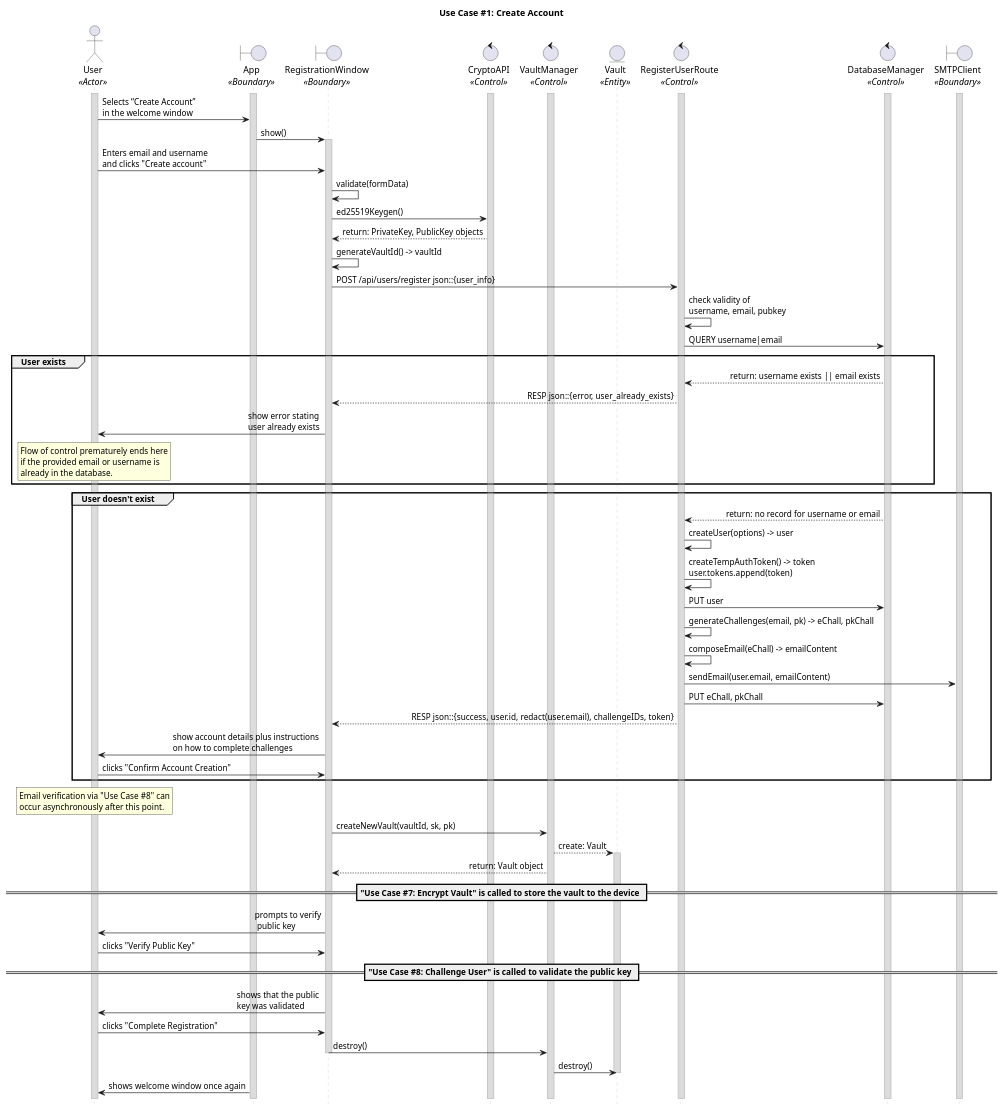
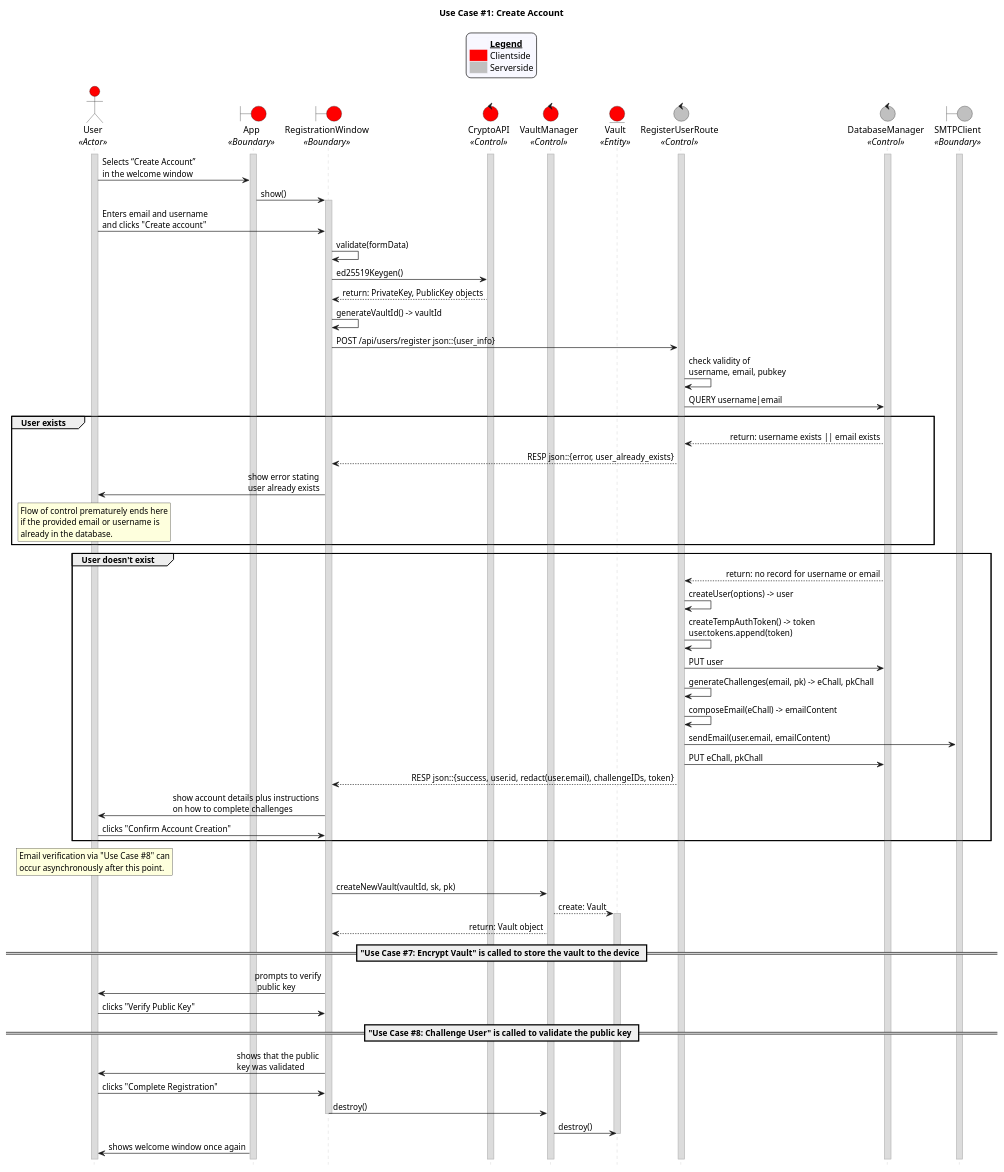
One commit to CECS-491-SP24-Group-1/seq-diagrams changed the diagram in uc_01.puml. Above: the diagram before and after it, drawn with PlantUML. The commit also changed 8 other files, not shown here.

Commit message:
Add legends to the diagrams

```diff
--- a/uc_01.puml
+++ b/uc_01.puml
@@ -1,119 +1,131 @@
 @startuml uc01
 title "Use Case #1: Create Account"
 
 
 'Styling goes here
 hide footbox
 skinparam stereotypePosition bottom
 skinparam sequenceMessageAlign direction
 skinparam sequence {
 	LifeLineBorderColor #Silver
 	LifeLineBackgroundColor #Gainsboro
 }
 
+'Add a legend plus styling
+skinparam legend {
+	backgroundColor #GhostWhite
+	entrySeparator #GhostWhite
+}
+
+legend top
+	<#GhostWhite,#GhostWhite>|	|= __Legend__ |
+	|<#red> | Clientside|
+	|<#silver> | Serverside|
+endlegend
+
 'Setup the objects involved here
-actor User as u <<Actor>>
-boundary App as a <<Boundary>>
-boundary RegistrationWindow as rw <<Boundary>>
-control CryptoAPI as ca <<Control>>
-control VaultManager as vm <<Control>>
-entity Vault as v <<Entity>>
-control RegisterUserRoute as rur <<Control>>
-control DatabaseManager as db <<Control>>
-boundary SMTPClient as sc <<Boundary>>
+actor User as u <<Actor>> #red
+boundary App as a <<Boundary>> #red
+boundary RegistrationWindow as rw <<Boundary>> #red
+control CryptoAPI as ca <<Control>> #red
+control VaultManager as vm <<Control>> #red
+entity Vault as v <<Entity>> #red
+control RegisterUserRoute as rur <<Control>> #silver
+control DatabaseManager as db <<Control>> #silver
+boundary SMTPClient as sc <<Boundary>> #silver
 
 'Setup persistent objects here
 activate u 
 activate a
 activate ca
 activate vm
 activate rur
 activate db
 activate sc
 
 '--- FLOW OF CONTROL STARTS HERE ---
 'User selects “Create Account” on the front page.
 u -> a: Selects “Create Account” \nin the welcome window
 
 'System shows a form to create the account.
 a -> rw: show()
 activate rw
 
 'User enters email address, username. User clicks “Create Account” button.
 u -> rw: Enters email and username \nand clicks "Create account"
 rw -> rw: validate(formData)
 
 'User’s device generates a UUID for the user and vault, timestamp, crypto key pair, and an identifier for the vault.
 rw -> ca: ed25519Keygen()
 ca --> rw: return: PrivateKey, PublicKey objects
 rw -> rw: generateVaultId() -> vaultId
 
 'User’s device sends the UUID of the user, timestamp, and generated public key to the server. The private key stays on the device for security reasons (CRITICAL).
 rw -> rur: POST /api/users/register json::{user_info}
 
 'Server checks if the account already exists
 rur -> rur: check validity of \nusername, email, pubkey
 rur -> db: QUERY username|email
 
 group User exists
 	db --> rur: return: username exists || email exists
 	rur --> rw: RESP json::{error, user_already_exists}
 	rw -> u: show error stating \nuser already exists
 	rnote over u
 	Flow of control prematurely ends here
 	if the provided email or username is
 	already in the database.
 	endrnote
 end
 
 group User doesn't exist
 	'Server creates the user and issues a temporary access token
 	db --> rur: return: no record for username or email
 	rur -> rur: createUser(options) -> user
 	rur -> rur: createTempAuthToken() -> token \nuser.tokens.append(token)
 	rur -> db: PUT user
 	rur -> rur: generateChallenges(email, pk) -> eChall, pkChall
 
 	'Server sends an email to the user to confirm creation of the account.
 	rur -> rur: composeEmail(eChall) -> emailContent
 	rur -> sc: sendEmail(user.email, emailContent)
 	rur -> db: PUT eChall, pkChall
 
 	'Server sends the response back and it's confirmed.
 	rur --> rw: RESP json::{success, user.id, redact(user.email), challengeIDs, token}
 	rw -> u: show account details plus instructions \non how to complete challenges
 	u -> rw: clicks "Confirm Account Creation"
 end
 
 rnote over u
 Email verification via "Use Case #8" can
 occur asynchronously after this point.
 endrnote
 
 'User’s device creates a vault with the details provided by the user and the data that was generated.
 rw -> vm: createNewVault(vaultId, sk, pk)
 vm --> v: create: Vault
 activate v
 vm --> rw: return: Vault object
 
 == "Use Case #7: Encrypt Vault" is called to store the vault to the device ==
 
 'User begins the challenge process
 rw -> u: prompts to verify\n public key
 u -> rw: clicks "Verify Public Key"
 
 == "Use Case #8: Challenge User" is called to validate the public key ==
 
 'In-app challenges are completed
 rw -> u: shows that the public \nkey was validated
 u -> rw: clicks "Complete Registration"
 rw -> vm: destroy()
 deactivate rw
 vm -> v: destroy()
 deactivate v
 
 'Cleanup
 a -> u: shows welcome window once again
 '--- FLOW OF CONTROL ENDS HERE   ---
 
 @enduml
```
